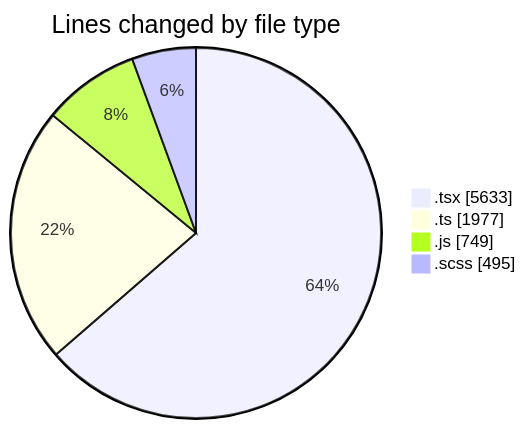
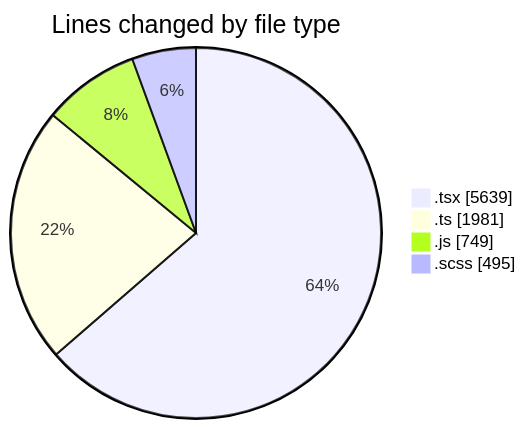
One commit to momahboobian/code-tracking changed the first of 2 diagrams in 2026-06-10/cda/README.md. Above: the diagram before and after it, drawn with Mermaid. The commit also changed other lines of this file and 1 other file, not shown here.

````diff
--- a/2026-06-10/cda/README.md
+++ b/2026-06-10/cda/README.md
@@ -58,8 +58,8 @@
 ```mermaid
 pie showData
 title Lines changed by file type
-".tsx" : 5633
-".ts" : 1977
+".tsx" : 5639
+".ts" : 1981
 ".js" : 749
 ".scss" : 495
 ```
````
